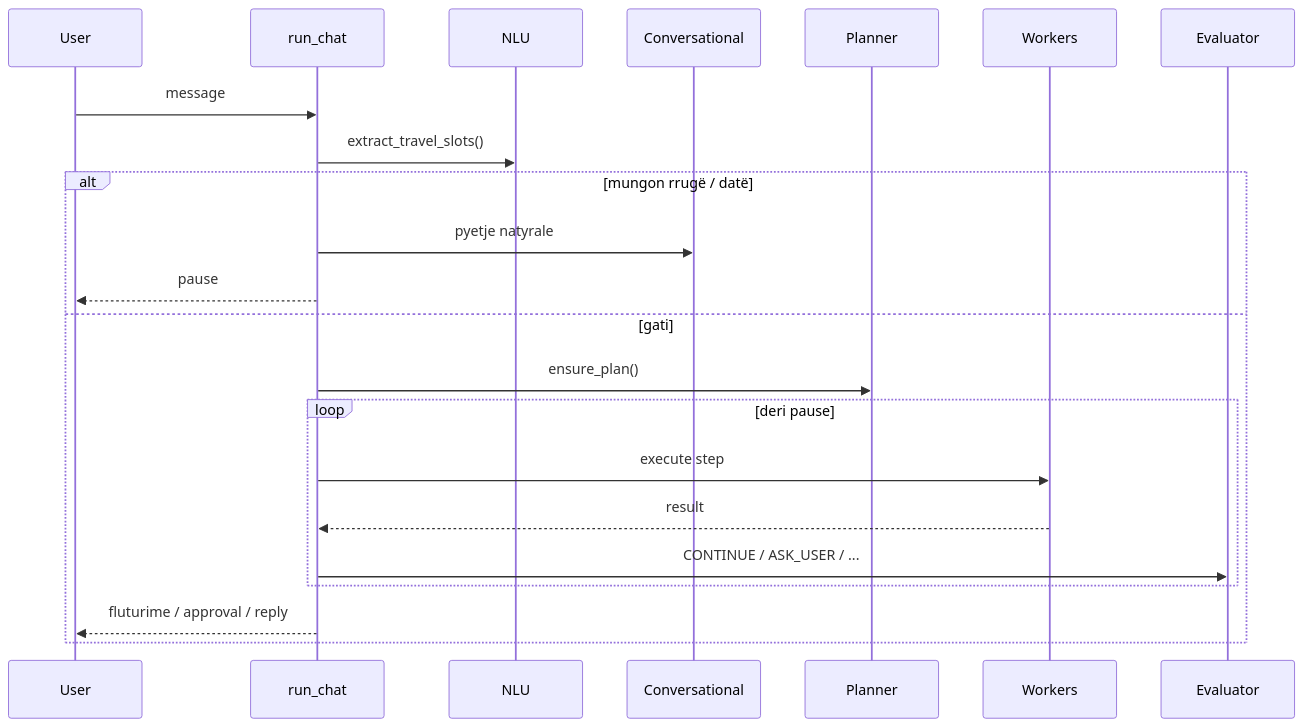
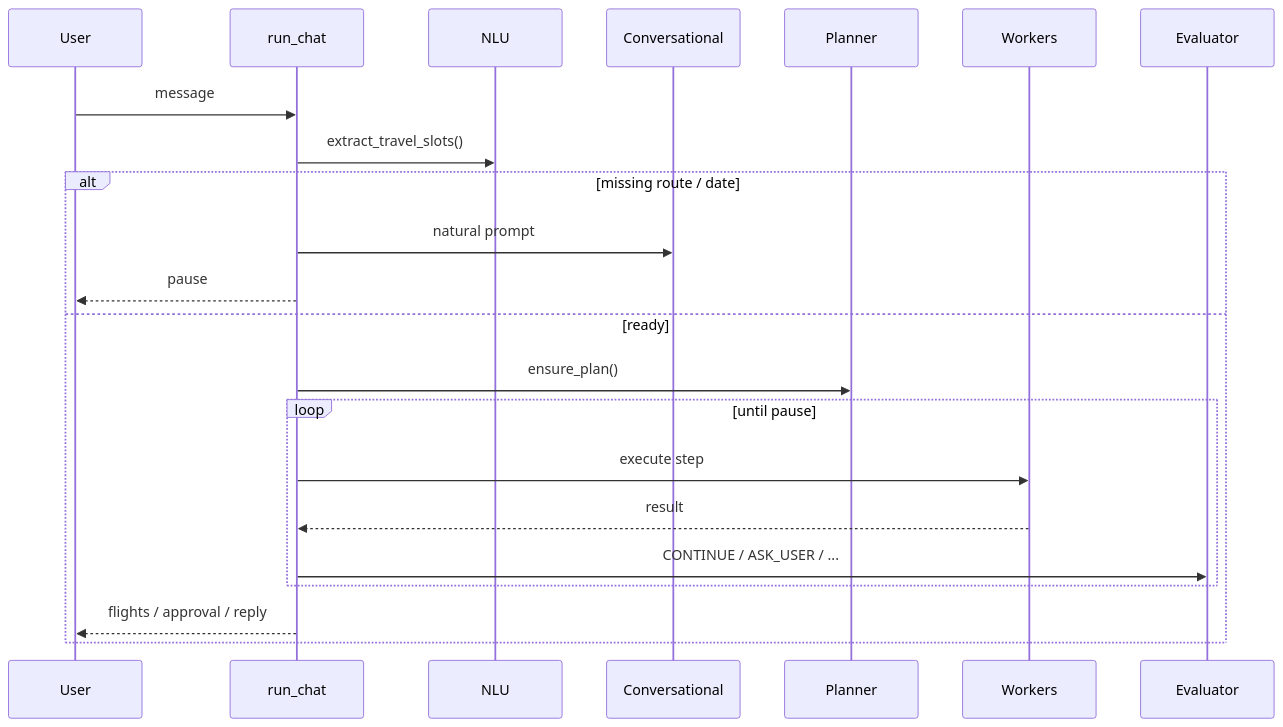
The sixth of 6 diagrams in README.md (sara-2-ai-ml/pilot-flight-agent), drawn with Mermaid before and after one commit. The commit also changed other lines of this file, not shown here.

````diff
--- a/README.md
+++ b/README.md
@@ -244,25 +244,25 @@
 ```mermaid
 sequenceDiagram
     participant U as User
     participant L as run_chat
     participant N as NLU
     participant C as Conversational
     participant P as Planner
     participant W as Workers
     participant E as Evaluator
 
     U->>L: message
     L->>N: extract_travel_slots()
-    alt mungon rrugë / datë
-        L->>C: pyetje natyrale
+    alt missing route / date
+        L->>C: natural prompt
         L-->>U: pause
-    else gati
+    else ready
         L->>P: ensure_plan()
-        loop deri pause
+        loop until pause
             L->>W: execute step
             W-->>L: result
             L->>E: CONTINUE / ASK_USER / ...
         end
-        L-->>U: fluturime / approval / reply
+        L-->>U: flights / approval / reply
     end
 ```
````
